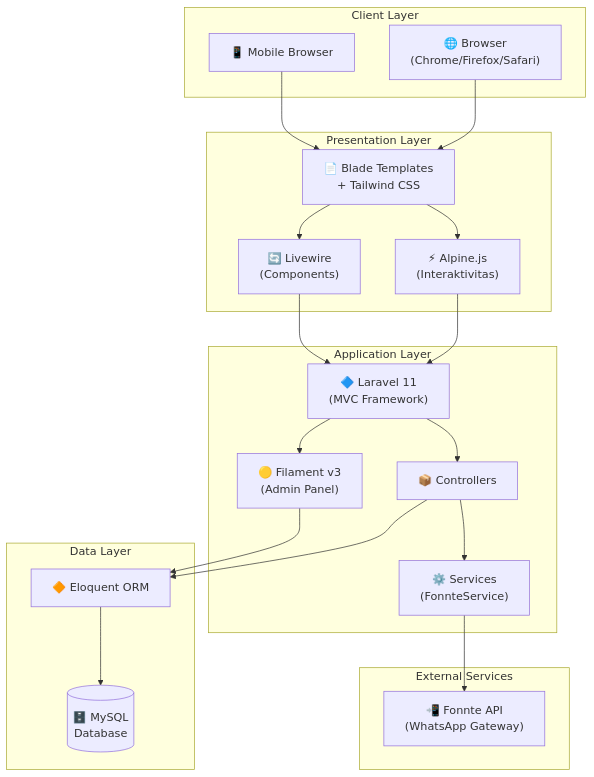
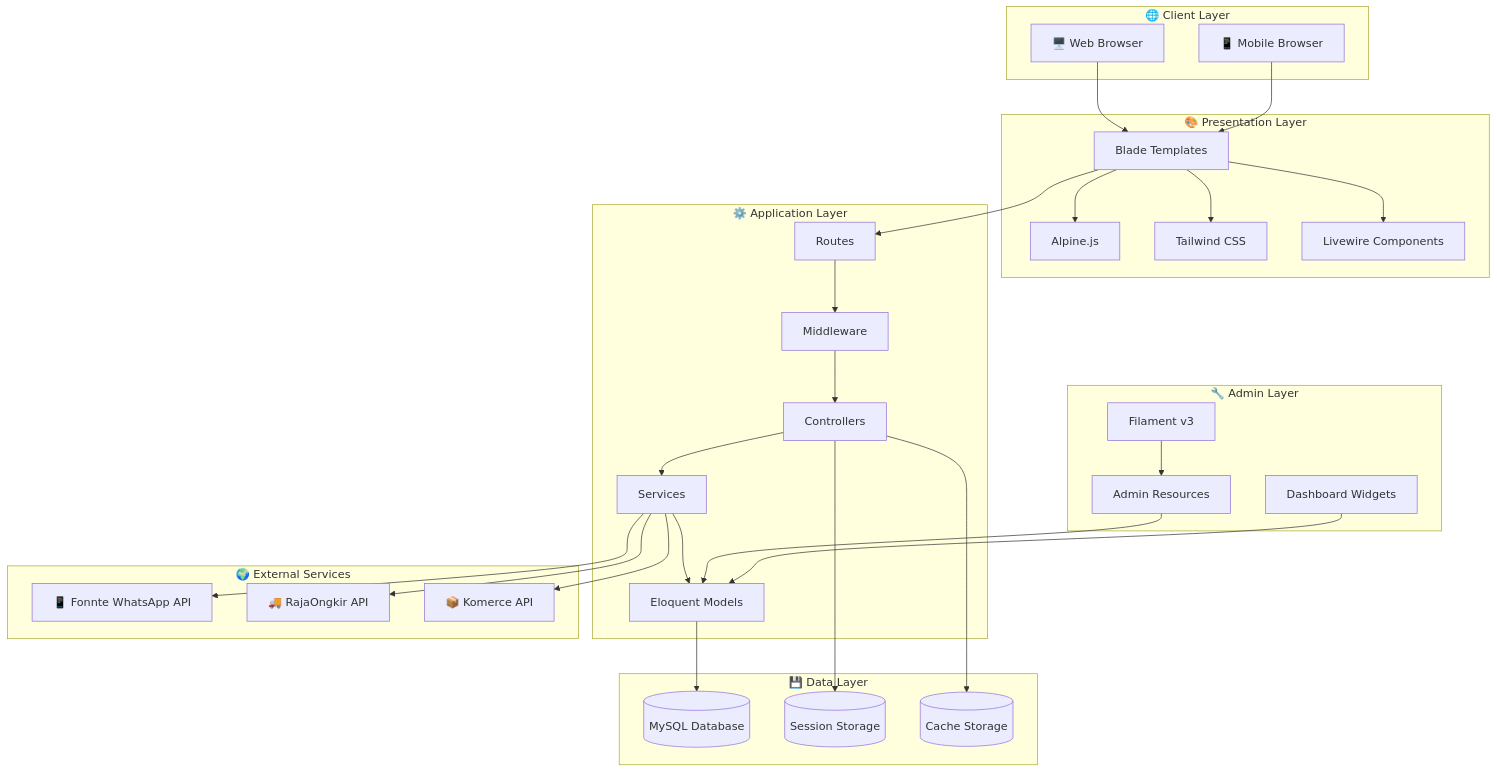
Before and after one commit to mustarisyahding07-spec/WEBSITE_SKRIPSI_MUSTARI: the first of 8 diagrams in docs/DESIGN.md, drawn with Mermaid. The commit also changed other lines of this file and 7 other files, not shown here.

````diff
--- a/docs/DESIGN.md
+++ b/docs/DESIGN.md
@@ -22,43 +30,64 @@
 ```mermaid
 graph TB
-    subgraph "Client Layer"
-        Browser["🌐 Browser<br/>(Chrome/Firefox/Safari)"]
-        Mobile["📱 Mobile Browser"]
+    subgraph "🌐 Client Layer"
+        Browser[🖥️ Web Browser]
+        Mobile[📱 Mobile Browser]
     end
-
-    subgraph "Presentation Layer"
-        Blade["📄 Blade Templates<br/>+ Tailwind CSS"]
-        Alpine["⚡ Alpine.js<br/>(Interaktivitas)"]
-        Livewire["🔄 Livewire<br/>(Components)"]
+    
+    subgraph "🎨 Presentation Layer"
+        Blade[Blade Templates]
+        Alpine[Alpine.js]
+        Tailwind[Tailwind CSS]
+        Livewire[Livewire Components]
     end
-
-    subgraph "Application Layer"
-        Laravel["🔷 Laravel 11<br/>(MVC Framework)"]
-        Filament["🟡 Filament v3<br/>(Admin Panel)"]
-        Controllers["📦 Controllers"]
-        Services["⚙️ Services<br/>(FonnteService)"]
+    
+    subgraph "⚙️ Application Layer"
+        Routes[Routes]
+        Controllers[Controllers]
+        Middleware[Middleware]
+        Services[Services]
+        Models[Eloquent Models]
     end
-
-    subgraph "Data Layer"
-        Eloquent["🔶 Eloquent ORM"]
-        MySQL[("🗄️ MySQL<br/>Database")]
+    
+    subgraph "🔧 Admin Layer"
+        Filament[Filament v3]
+        Resources[Admin Resources]
+        Widgets[Dashboard Widgets]
     end
-
-    subgraph "External Services"
-        Fonnte["📲 Fonnte API<br/>(WhatsApp Gateway)"]
+    
+    subgraph "💾 Data Layer"
+        MySQL[(MySQL Database)]
+        Sessions[(Session Storage)]
+        Cache[(Cache Storage)]
     end
-
+    
+    subgraph "🌍 External Services"
+        Fonnte[📱 Fonnte WhatsApp API]
+        RajaOngkir[🚚 RajaOngkir API]
+        Komerce[📦 Komerce API]
+    end
+    
     Browser --> Blade
     Mobile --> Blade
     Blade --> Alpine
+    Blade --> Tailwind
     Blade --> Livewire
-    Alpine --> Laravel
-    Livewire --> Laravel
-    Laravel --> Filament
-    Laravel --> Controllers
+    
+    Blade --> Routes
+    Routes --> Middleware
+    Middleware --> Controllers
     Controllers --> Services
+    Services --> Models
+    Models --> MySQL
+    
+    Filament --> Resources
+    Resources --> Models
+    Widgets --> Models
+    
     Services --> Fonnte
-    Controllers --> Eloquent
-    Filament --> Eloquent
-    Eloquent --> MySQL
+    Services --> RajaOngkir
+    Services --> Komerce
+    
+    Controllers --> Sessions
+    Controllers --> Cache
 ```
````
